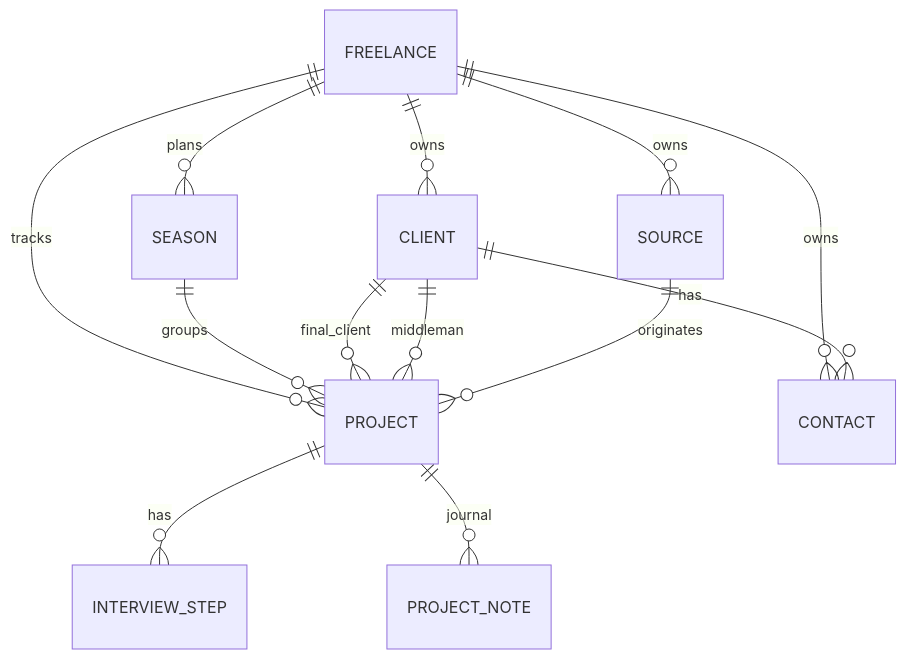
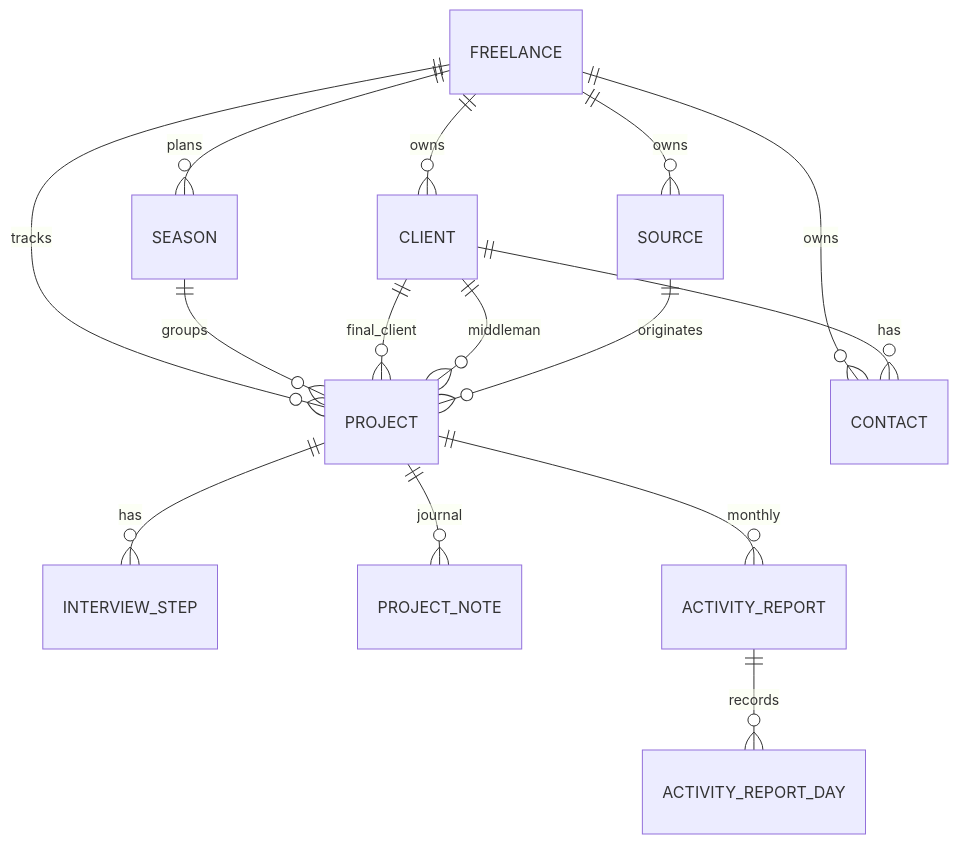
One commit to chefzaid/indezy changed the diagram in docs/data-model.md. Above: the diagram before and after it, drawn with Mermaid. The commit also changed other lines of this file and 100 other files, not shown here.

Commit message:
Add monthly activity reports with ESN validation links

````diff
--- a/docs/data-model.md
+++ b/docs/data-model.md
@@ -7,15 +7,17 @@
 ```mermaid
 erDiagram
     FREELANCE ||--o{ PROJECT : tracks
     FREELANCE ||--o{ CLIENT : owns
     FREELANCE ||--o{ CONTACT : owns
     FREELANCE ||--o{ SOURCE : owns
     FREELANCE ||--o{ SEASON : plans
     SEASON ||--o{ PROJECT : groups
     CLIENT ||--o{ CONTACT : has
     CLIENT ||--o{ PROJECT : final_client
     CLIENT ||--o{ PROJECT : middleman
     SOURCE ||--o{ PROJECT : originates
     PROJECT ||--o{ INTERVIEW_STEP : has
     PROJECT ||--o{ PROJECT_NOTE : journal
+    PROJECT ||--o{ ACTIVITY_REPORT : monthly
+    ACTIVITY_REPORT ||--o{ ACTIVITY_REPORT_DAY : records
 ```
````
